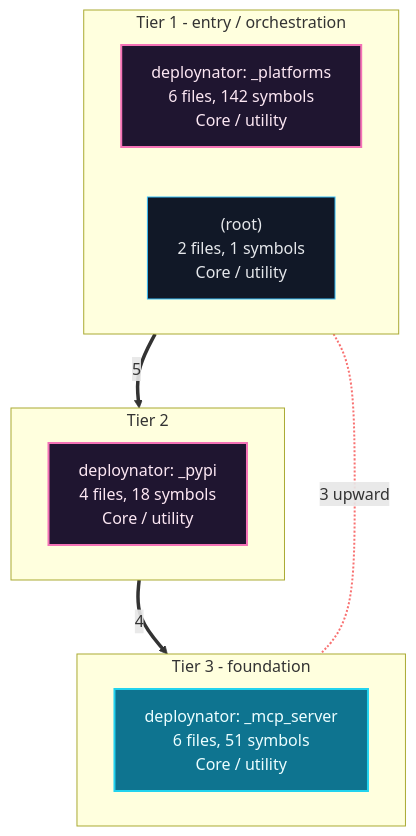
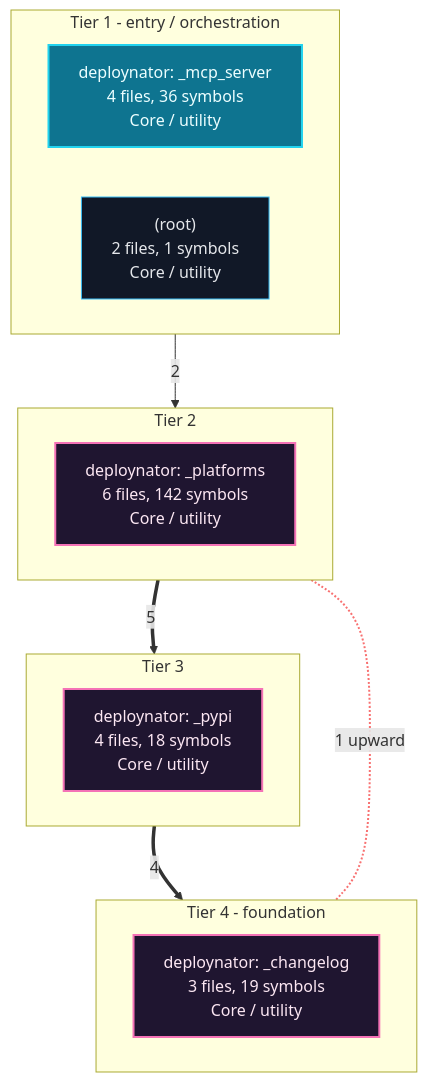
One commit to grisuno/deploynator changed the first of 9 diagrams in readmenator-apidocs/architecture.md. Above: the diagram before and after it, drawn with Mermaid. The commit also changed other lines of this file and 97 other files, not shown here.

````diff
--- a/readmenator-apidocs/architecture.md
+++ b/readmenator-apidocs/architecture.md
@@ -11,25 +11,31 @@
 ```mermaid
 flowchart TB
     classDef cycle fill:#1f1530,stroke:#f472b6,color:#fce7f3,stroke-width:2px;
     classDef default fill:#111827,stroke:#38bdf8,color:#e5e7eb;
     classDef entry fill:#0e7490,stroke:#22d3ee,color:#ecfeff,stroke-width:2px;
     subgraph lane_0["Tier 1 - entry / orchestration"]
         direction LR
-        n_c1["deploynator: _platforms<br/>6 files, 142 symbols<br/>Core / utility"]:::cycle
+        n_c2["deploynator: _mcp_server<br/>4 files, 36 symbols<br/>Core / utility"]:::entry
         n_d__root_["(root)<br/>2 files, 1 symbols<br/>Core / utility"]:::default
     end
     subgraph lane_1["Tier 2"]
         direction LR
-        n_c2["deploynator: _pypi<br/>4 files, 18 symbols<br/>Core / utility"]:::cycle
+        n_c0["deploynator: _platforms<br/>6 files, 142 symbols<br/>Core / utility"]:::cycle
     end
-    subgraph lane_2["Tier 3 - foundation"]
+    subgraph lane_2["Tier 3"]
         direction LR
-        n_c0["deploynator: _mcp_server<br/>6 files, 51 symbols<br/>Core / utility"]:::entry
+        n_c1["deploynator: _pypi<br/>4 files, 18 symbols<br/>Core / utility"]:::cycle
     end
-    n_c1 ==>|"5"| n_c2
-    n_c2 ==>|"4"| n_c0
-    n_c1 <-.-|"3 upward"| n_c0
-    linkStyle 2 stroke:#f87171,stroke-width:2px;
-    n_c1 ~~~ n_c2
+    subgraph lane_3["Tier 4 - foundation"]
+        direction LR
+        n_c3["deploynator: _changelog<br/>3 files, 19 symbols<br/>Core / utility"]:::cycle
+    end
+    n_c0 ==>|"5"| n_c1
+    n_c1 ==>|"4"| n_c3
+    n_c2 -->|"2"| n_c0
+    n_c0 <-.-|"1 upward"| n_c3
+    linkStyle 3 stroke:#f87171,stroke-width:2px;
     n_c2 ~~~ n_c0
+    n_c0 ~~~ n_c1
+    n_c1 ~~~ n_c3
 ```
````
